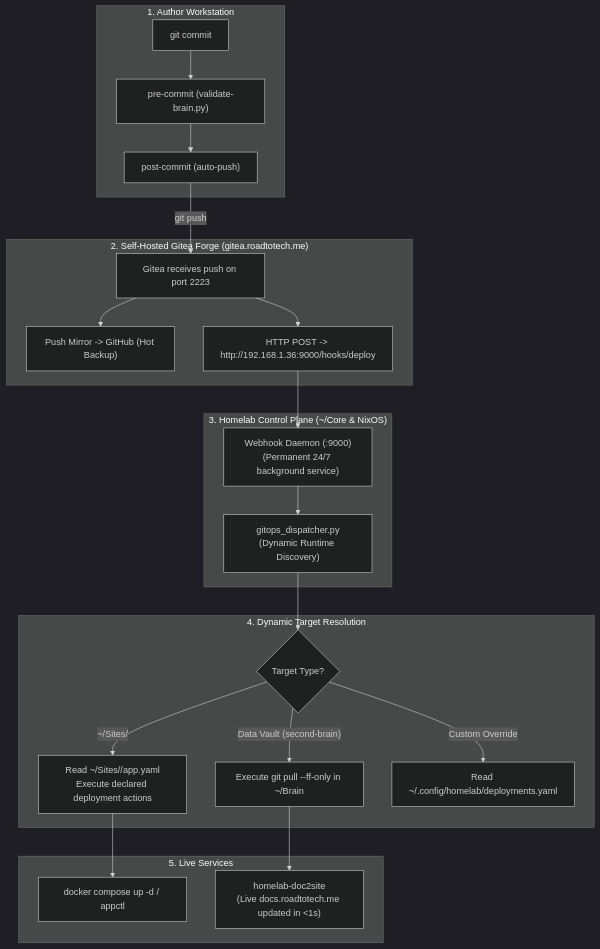
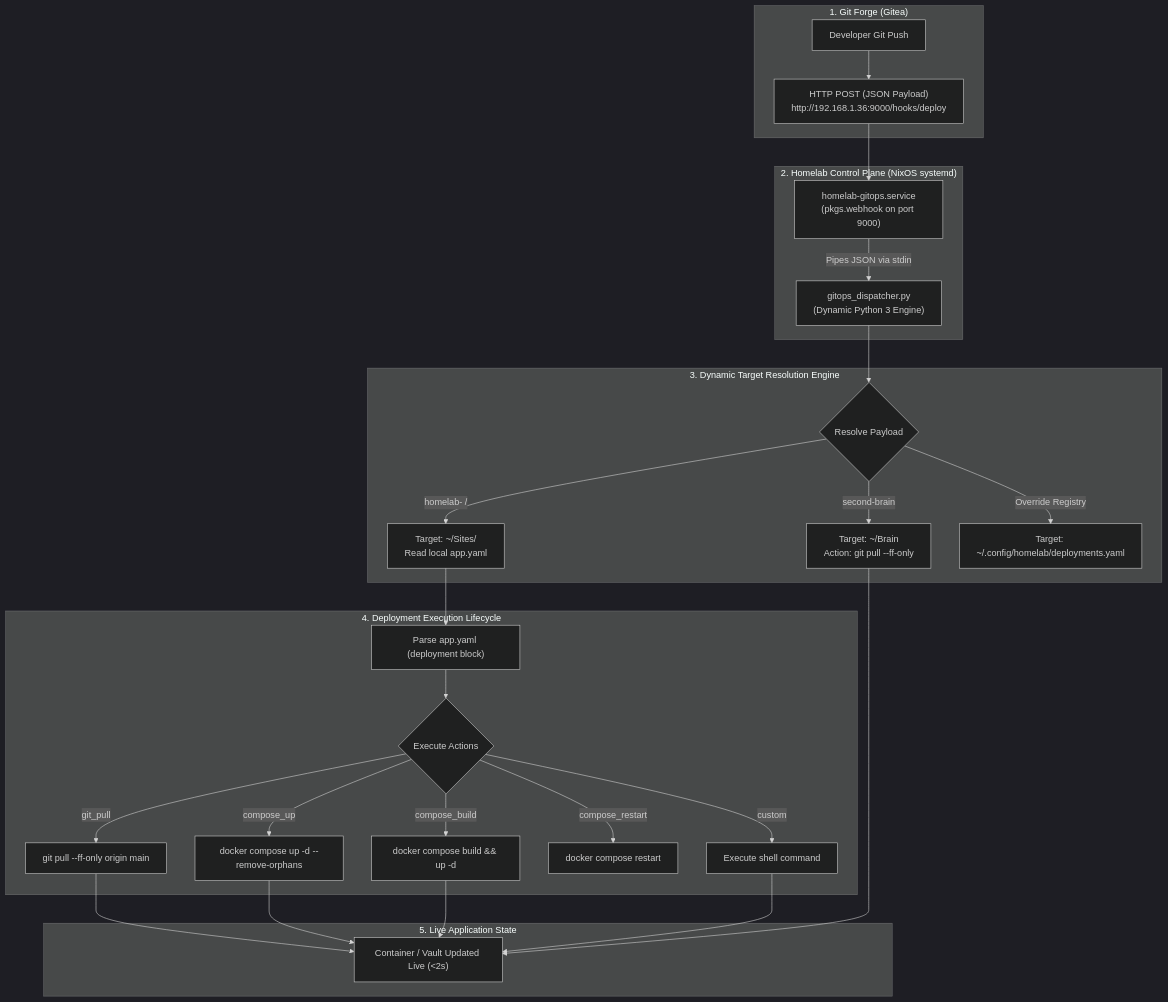
One commit to kiskaadee/second-brain changed the diagram in projects/homelab/guides/homelab-gitops-dispatcher-architecture.md. Above: the diagram before and after it, drawn with Mermaid (dark theme). The commit also changed other lines of this file and 1 other file, not shown here.

Commit message:
docs(homelab): add Brain deployment pipeline and dispatcher architecture guides

````diff
--- a/projects/homelab/guides/homelab-gitops-dispatcher-architecture.md
+++ b/projects/homelab/guides/homelab-gitops-dispatcher-architecture.md
@@ -26,37 +35,40 @@
 ```mermaid
 flowchart TD
-    subgraph Author["1. Author Workstation"]
-        Commit["git commit"]
-        PreHook["pre-commit (validate-brain.py)"]
-        PostHook["post-commit (auto-push)"]
-        Commit --> PreHook --> PostHook
+    subgraph GitForge["1. Git Forge (Gitea)"]
+        Push["Developer Git Push"]
+        Webhook["HTTP POST (JSON Payload)\nhttp://192.168.1.36:9000/hooks/deploy"]
+        Push --> Webhook
     end
 
-    subgraph Gitea["2. Self-Hosted Gitea Forge (gitea.roadtotech.me)"]
-        PushRecv["Gitea receives push on port 2223"]
-        PushMirror["Push Mirror -> GitHub (Hot Backup)"]
-        Webhook["HTTP POST -> http://192.168.1.36:9000/hooks/deploy"]
-        PushRecv --> PushMirror
-        PushRecv --> Webhook
+    subgraph CoreDaemon["2. Homelab Control Plane (NixOS systemd)"]
+        Daemon["homelab-gitops.service\n(pkgs.webhook on port 9000)"]
+        Engine["gitops_dispatcher.py\n(Dynamic Python 3 Engine)"]
+        Webhook --> Daemon
+        Daemon -->|Pipes JSON via stdin| Engine
     end
 
-    subgraph Core["3. Homelab Control Plane (~/Core & NixOS)"]
-        Daemon["Webhook Daemon (:9000)\n(Permanent 24/7 background service)"]
-        Engine["gitops_dispatcher.py\n(Dynamic Runtime Discovery)"]
-        Webhook --> Daemon --> Engine
+    subgraph Discovery["3. Dynamic Target Resolution Engine"]
+        Engine --> CheckType{"Resolve Payload"}
+        CheckType -->|"second-brain"| BrainTarget["Target: ~/Brain\nAction: git pull --ff-only"]
+        CheckType -->|"homelab-<app> / <app>"| SiteTarget["Target: ~/Sites/<app>\nRead local app.yaml"]
+        CheckType -->|"Override Registry"| CustomTarget["Target: ~/.config/homelab/deployments.yaml"]
     end
 
-    subgraph Resolution["4. Dynamic Target Resolution"]
-        Engine --> TypeCheck{"Target Type?"}
-        TypeCheck -->|"~/Sites/<app>"| AppStack["Read ~/Sites/<app>/app.yaml\nExecute declared deployment actions"]
-        TypeCheck -->|"Data Vault (second-brain)"| BrainSync["Execute git pull --ff-only in ~/Brain"]
-        TypeCheck -->|"Custom Override"| CustomRegistry["Read ~/.config/homelab/deployments.yaml"]
+    subgraph Execution["4. Deployment Execution Lifecycle"]
+        SiteTarget --> ReadManifest["Parse app.yaml (deployment block)"]
+        ReadManifest --> Actions{"Execute Actions"}
+        Actions -->|git_pull| GitPull["git pull --ff-only origin main"]
+        Actions -->|compose_up| ComposeUp["docker compose up -d --remove-orphans"]
+        Actions -->|compose_build| ComposeBuild["docker compose build && up -d"]
+        Actions -->|compose_restart| ComposeRestart["docker compose restart"]
+        Actions -->|custom| CustomCmd["Execute shell command"]
     end
 
-    subgraph Live["5. Live Services"]
-        AppStack --> Docker["docker compose up -d / appctl"]
-        BrainSync --> DocSite["homelab-doc2site\n(Live docs.roadtotech.me updated in <1s)"]
+    subgraph LiveRuntime["5. Live Application State"]
+        GitPull --> LiveApps["Container / Vault Updated Live (<2s)"]
+        ComposeUp --> LiveApps
+        ComposeBuild --> LiveApps
+        CustomCmd --> LiveApps
+        BrainTarget --> LiveApps
     end
-
-    PostHook -->|git push| PushRecv
 ```
````
